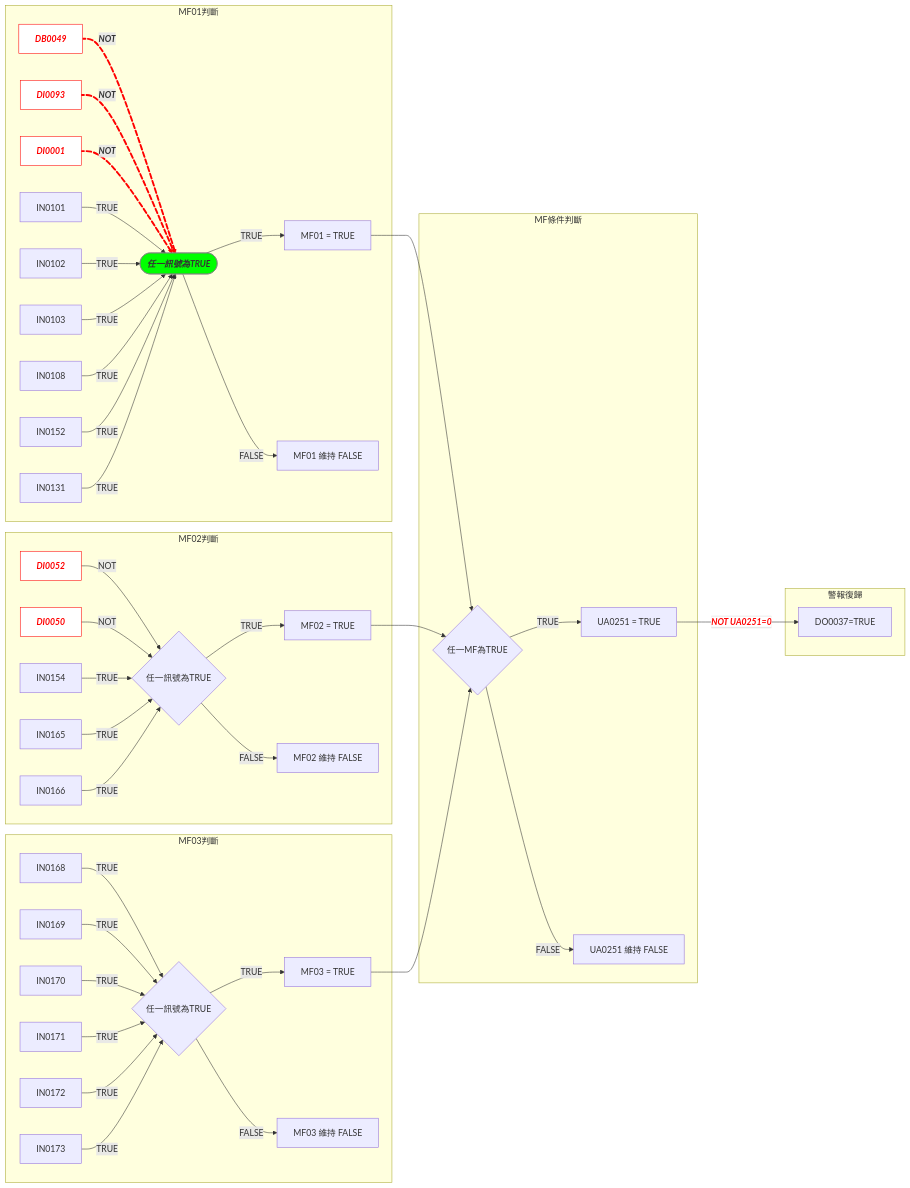
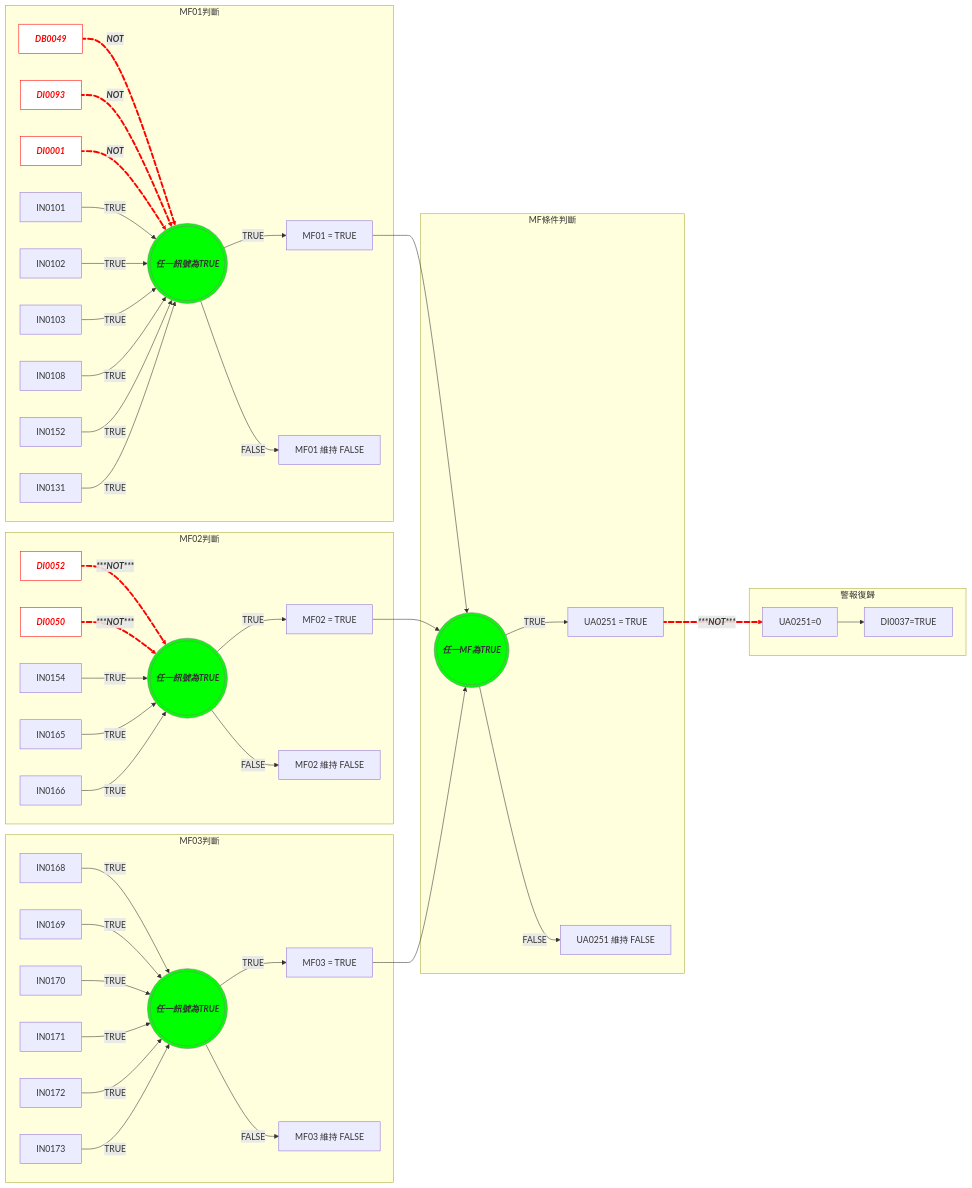
One commit to HachiTsai/DCS-learning changed the diagram in docs/DCS/Hitachi/Control-logic-mermaid.md. Above: the diagram before and after it, drawn with Mermaid. The commit also changed other lines of this file and 3 other files, not shown here.

Commit message:
fixed mermaid

````diff
--- a/docs/DCS/Hitachi/Control-logic-mermaid.md
+++ b/docs/DCS/Hitachi/Control-logic-mermaid.md
@@ -5,62 +5,72 @@
 ```mermaid
-graph LR
+flowchart LR
+  classDef GreenBold fill:#0f0,stroke:gray,font-weight:bold,font-style:italic
     subgraph MF01判斷
-        A1[DB0049]  z1@==>|"NOT"| C1([任一訊號為TRUE])
-        B1[DI0093] z2@==>|"NOT"| C1
-        D1[DI0001] z3@==>|"NOT"| C1
+        A1[DB0049]  z1@==>|NOT| C1(((任一訊號為TRUE)))
+        B1[DI0093] z2@==>|NOT| C1
+        D1[DI0001] z3@==>|NOT| C1
         linkStyle 0,1,2 stroke:red,font-style:italic, font-weight:bold
         
         G1[IN0101] -->|TRUE| C1
         H1[IN0102] -->|TRUE| C1
         I1[IN0103] -->|TRUE| C1
         L1[IN0108] -->|TRUE| C1
         J1[IN0152] -->|TRUE| C1
         K1[IN0131] -->|TRUE| C1
         C1 -->|TRUE| E1[MF01 = TRUE]
         C1 -->|FALSE| F1[MF01 維持 FALSE]
         z1@{ animate: true}
         z2@{ animate: true}
         z3@{ animate: true}
         classDef redBold fill:#fff,stroke:blue,font-weight:bold,font-style:italic
         class A1,B1,D1 redBold
-        classDef GreenBold fill:#0f0,stroke:gray,font-weight:bold,font-style:italic
         class C1 GreenBold
     end
 
     subgraph MF02判斷
-        A2[DI0052]:::anim-alert -->|NOT| C2    
-        B2[DI0050] -->|NOT| C2
+        A2[DI0052] z11@==>|***NOT***| C2     
+        B2[DI0050] z12@==>|***NOT***| C2
+        linkStyle 11,12 stroke:red,font-style:italic, font-weight:bold
+        
         G2[IN0154] -->|TRUE| C2
         H2[IN0165] -->|TRUE| C2
         I2[IN0166] -->|TRUE| C2
-        C2{任一訊號為TRUE} -->|TRUE| E2[MF02 = TRUE]
+        C2(((任一訊號為TRUE))) -->|TRUE| E2[MF02 = TRUE]
         C2 -->|FALSE| F2[MF02 維持 FALSE]
-
+        z11@{ animate: true}
+        z12@{ animate: true}
+        class C2 GreenBold
 
         classDef redBold fill:#fff,stroke:#f00,color:#f00,font-weight:bold,font-style:italic
         class A2,B2 redBold
     end
 
     subgraph MF03判斷
         A3[IN0168] -->|TRUE| C3
         B3[IN0169] -->|TRUE| C3
         D3[IN0170] -->|TRUE| C3
         G3[IN0171] -->|TRUE| C3
         H3[IN0172] -->|TRUE| C3
         I3[IN0173] -->|TRUE| C3
-        C3{任一訊號為TRUE} -->|TRUE| E3[MF03 = TRUE]
+        C3(((任一訊號為TRUE))) -->|TRUE| E3[MF03 = TRUE]
         C3 -->|FALSE| F3[MF03 維持 FALSE]
+        class C3 GreenBold
     end
 
     subgraph MF條件判斷
-        E1 --> C4{任一MF為TRUE}
+        E1 --> C4(((任一MF為TRUE)))
         E2 --> C4
         E3 --> C4
         C4 -->|TRUE| K4[UA0251 = TRUE]
         C4 -->|FALSE| K5[UA0251 維持 FALSE]
+        class C4 GreenBold
     end
 
     subgraph 警報復歸
-        K4 -->|"<font color='red' style='background-color:white;font-style:italic; font-weight:bold'>NOT UA0251=0</font>"| B4[DO0037=TRUE]
+        K4 z31@==>|***NOT***| B4[UA0251=0]
+        B4 --> B10[DI0037=TRUE]
+        z31@{ animate: true}
+        
+        linkStyle 31 stroke:red,font-style:italic, font-weight:bold 
     end
 ```
````
